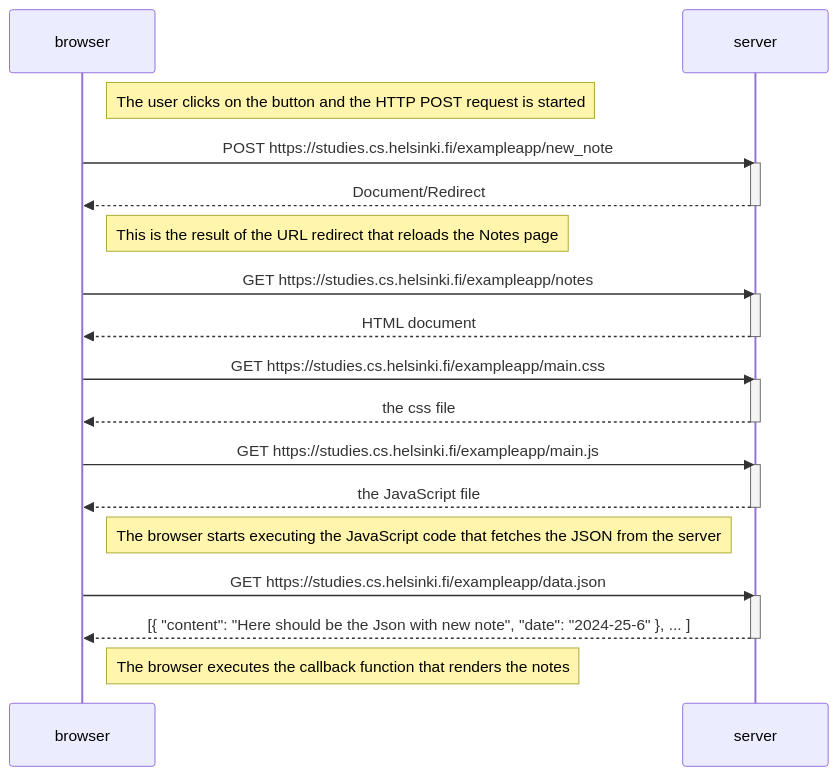
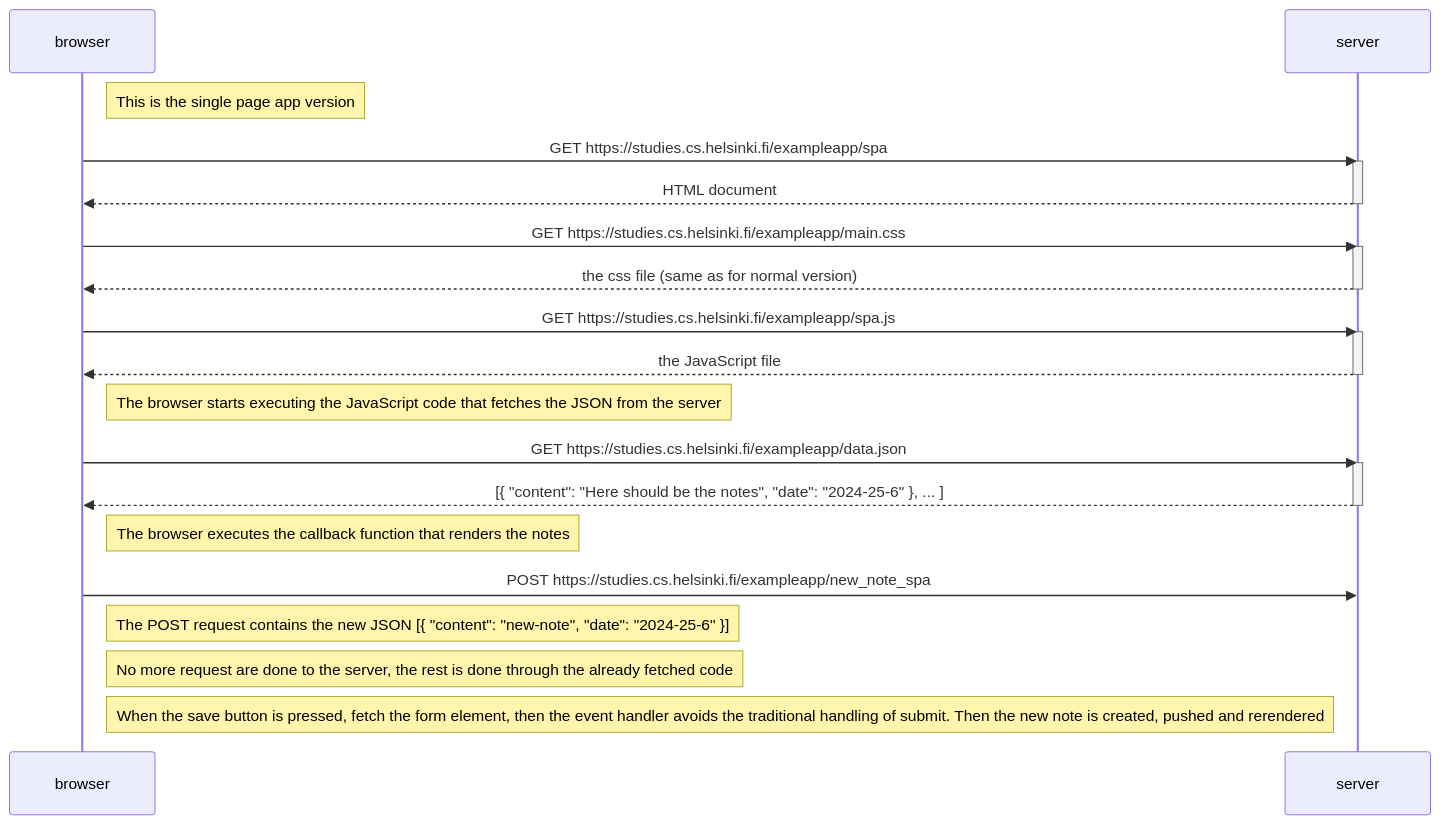
One commit to Dysanp/Fullstack changed the diagram in Part0/05/spa_diagram.md. Above: the diagram before and after it, drawn with Mermaid.

````diff
--- a/Part0/05/spa_diagram.md
+++ b/Part0/05/spa_diagram.md
@@ -1,36 +1,38 @@
 ```mermaid
 sequenceDiagram
     participant browser
     participant server
-    Note right of browser: The user clicks on the button and the HTTP POST request is started
-    browser->>server: POST https://studies.cs.helsinki.fi/exampleapp/new_note
-    activate server
-    server-->>browser: Document/Redirect
-    deactivate server
 
-    Note right of browser: This is the result of the URL redirect that reloads the Notes page
- 
-    browser->>server: GET https://studies.cs.helsinki.fi/exampleapp/notes
+    Note right of browser: This is the single page app version 
+
+    browser->>server: GET https://studies.cs.helsinki.fi/exampleapp/spa
     activate server
     server-->>browser: HTML document
     deactivate server
 
     browser->>server: GET https://studies.cs.helsinki.fi/exampleapp/main.css
     activate server
-    server-->>browser: the css file
+    server-->>browser: the css file (same as for normal version)
     deactivate server
 
-    browser->>server: GET https://studies.cs.helsinki.fi/exampleapp/main.js
+    browser->>server: GET https://studies.cs.helsinki.fi/exampleapp/spa.js
     activate server
     server-->>browser: the JavaScript file
     deactivate server
 
     Note right of browser: The browser starts executing the JavaScript code that fetches the JSON from the server
 
     browser->>server: GET https://studies.cs.helsinki.fi/exampleapp/data.json
     activate server
-    server-->>browser: [{ "content": "Here should be the Json with new note", "date": "2024-25-6" }, ... ]
+    server-->>browser: [{ "content": "Here should be the notes", "date": "2024-25-6" }, ... ]
     deactivate server
 
     Note right of browser: The browser executes the callback function that renders the notes
+
+    browser->>server: POST https://studies.cs.helsinki.fi/exampleapp/new_note_spa
+    
+    Note right of browser: The POST request contains the new JSON [{ "content": "new-note", "date": "2024-25-6" }]
+    Note right of browser: No more request are done to the server, the rest is done through the already fetched code
+    Note right of browser:  When the save button is pressed, fetch the form element, then the event handler avoids the traditional handling of submit. Then the new note is created, pushed and rerendered
+    
 ```
````
